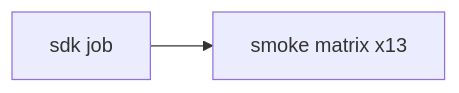
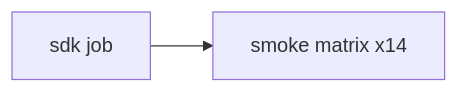
One commit to julerex/lerux changed the diagram in docs/ci.md. Above: the diagram before and after it, drawn with Mermaid. The commit also changed other lines of this file and 6 other files, not shown here.

````diff
--- a/docs/ci.md
+++ b/docs/ci.md
@@ -10,6 +10,6 @@
 ```mermaid
 flowchart LR
   sdk[sdk job]
-  smoke[smoke matrix x13]
+  smoke[smoke matrix x14]
   sdk --> smoke
 ```
````
